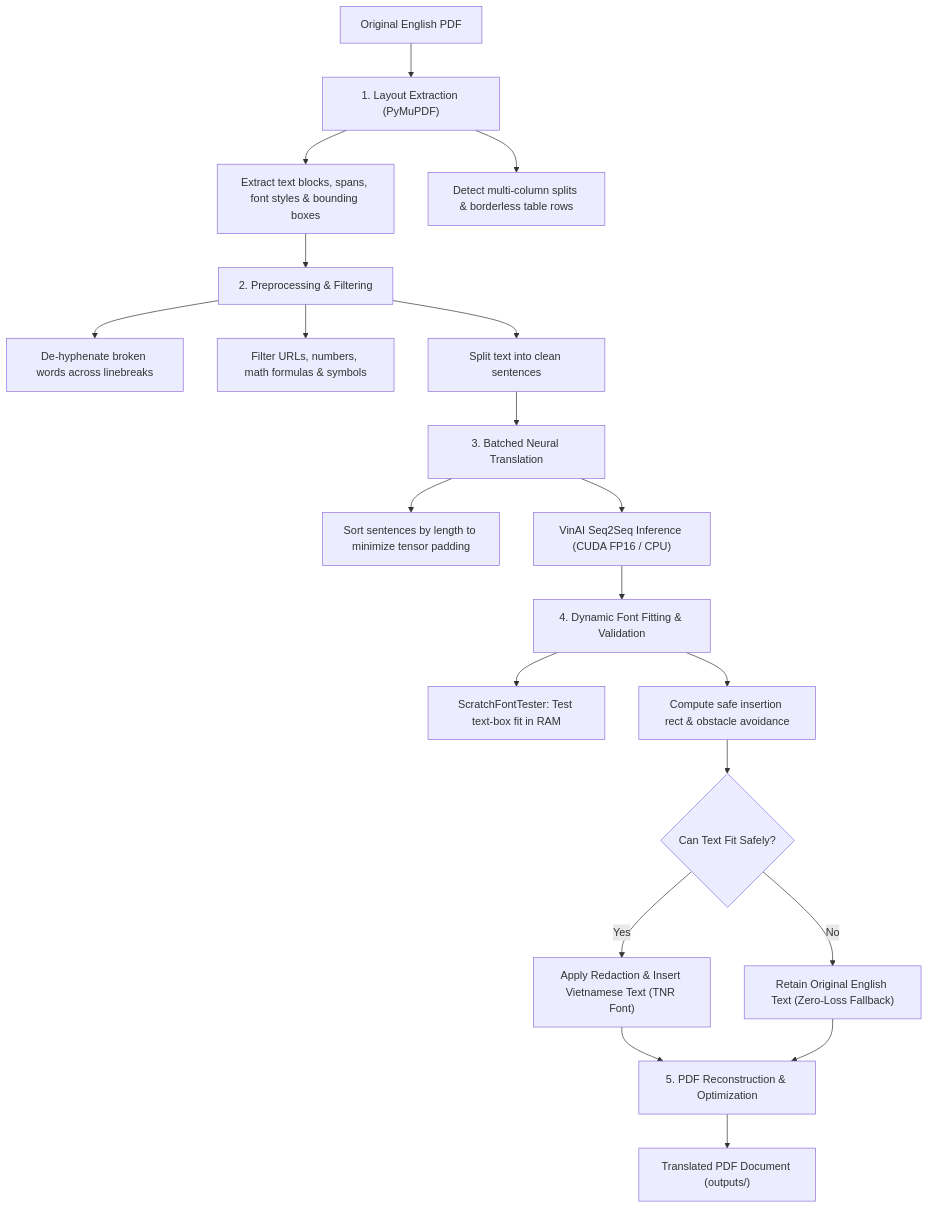
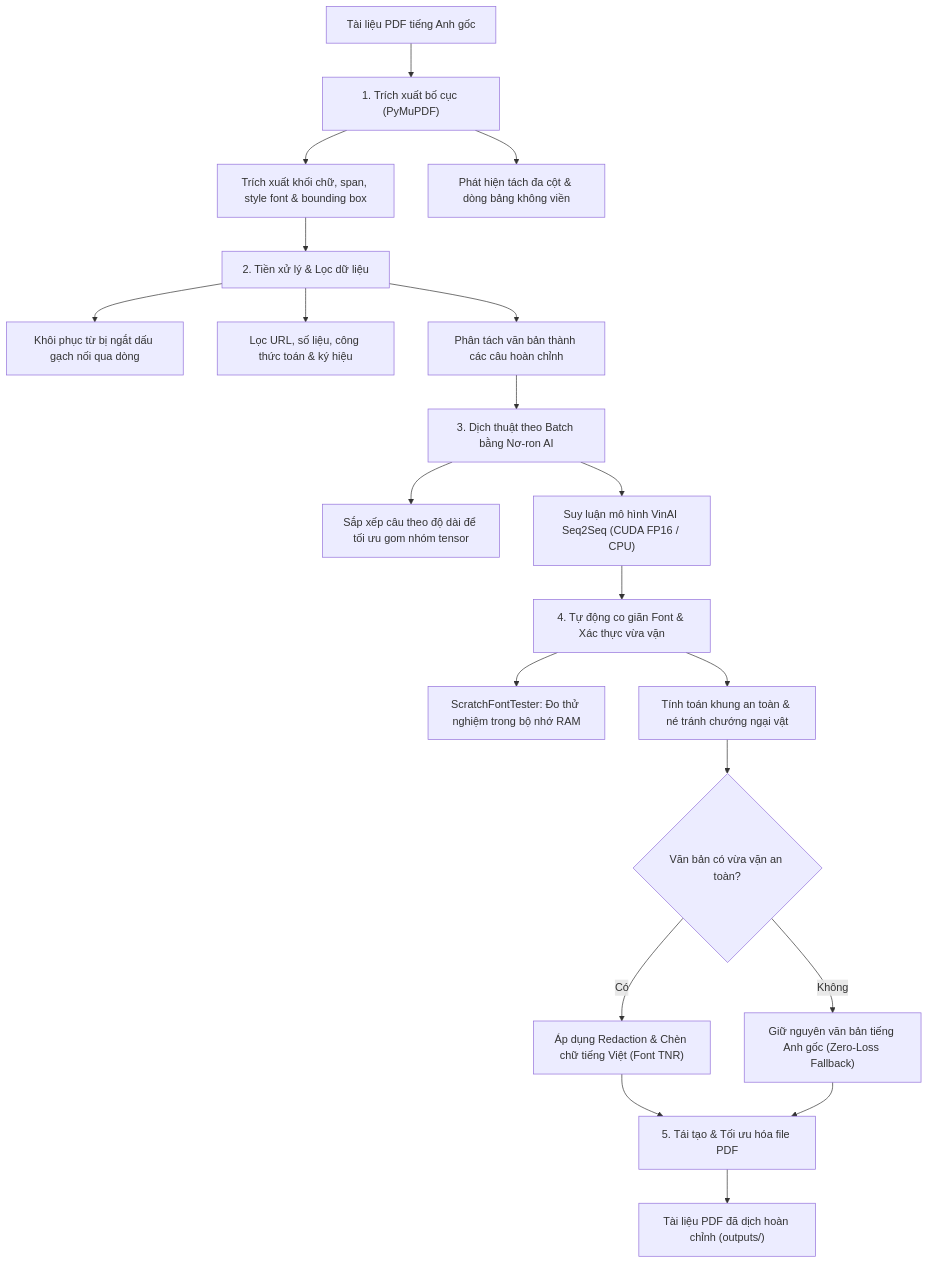
One commit to tranhuy126/DocuVi changed the diagram in README.md. Above: the diagram before and after it, drawn with Mermaid. The commit also changed other lines of this file and 11 other files, not shown here.

````diff
--- a/README.md
+++ b/README.md
@@ -104,27 +104,27 @@
 ```mermaid
 flowchart TD
-    A["Original English PDF"] --> B["1. Layout Extraction (PyMuPDF)"]
-    B --> B1["Extract text blocks, spans, font styles & bounding boxes"]
-    B --> B2["Detect multi-column splits & borderless table rows"]
+    A["Tài liệu PDF tiếng Anh gốc"] --> B["1. Trích xuất bố cục (PyMuPDF)"]
+    B --> B1["Trích xuất khối chữ, span, style font & bounding box"]
+    B --> B2["Phát hiện tách đa cột & dòng bảng không viền"]
     
-    B1 --> C["2. Preprocessing & Filtering"]
-    C --> C1["De-hyphenate broken words across linebreaks"]
-    C --> C2["Filter URLs, numbers, math formulas & symbols"]
-    C --> C3["Split text into clean sentences"]
+    B1 --> C["2. Tiền xử lý & Lọc dữ liệu"]
+    C --> C1["Khôi phục từ bị ngắt dấu gạch nối qua dòng"]
+    C --> C2["Lọc URL, số liệu, công thức toán & ký hiệu"]
+    C --> C3["Phân tách văn bản thành các câu hoàn chỉnh"]
     
-    C3 --> D["3. Batched Neural Translation"]
-    D --> D1["Sort sentences by length to minimize tensor padding"]
-    D --> D2["VinAI Seq2Seq Inference (CUDA FP16 / CPU)"]
+    C3 --> D["3. Dịch thuật theo Batch bằng Nơ-ron AI"]
+    D --> D1["Sắp xếp câu theo độ dài để tối ưu gom nhóm tensor"]
+    D --> D2["Suy luận mô hình VinAI Seq2Seq (CUDA FP16 / CPU)"]
     
-    D2 --> E["4. Dynamic Font Fitting & Validation"]
-    E --> E1["ScratchFontTester: Test text-box fit in RAM"]
-    E --> E2["Compute safe insertion rect & obstacle avoidance"]
+    D2 --> E["4. Tự động co giãn Font & Xác thực vừa vặn"]
+    E --> E1["ScratchFontTester: Đo thử nghiệm trong bộ nhớ RAM"]
+    E --> E2["Tính toán khung an toàn & né tránh chướng ngại vật"]
     
-    E2 --> F{"Can Text Fit Safely?"}
-    F -- "Yes" --> G["Apply Redaction & Insert Vietnamese Text (TNR Font)"]
-    F -- "No" --> H["Retain Original English Text (Zero-Loss Fallback)"]
+    E2 --> F{"Văn bản có vừa vặn an toàn?"}
+    F -- "Có" --> G["Áp dụng Redaction & Chèn chữ tiếng Việt (Font TNR)"]
+    F -- "Không" --> H["Giữ nguyên văn bản tiếng Anh gốc (Zero-Loss Fallback)"]
     
-    G --> I["5. PDF Reconstruction & Optimization"]
+    G --> I["5. Tái tạo & Tối ưu hóa file PDF"]
     H --> I
-    I --> J["Translated PDF Document (outputs/)"]
+    I --> J["Tài liệu PDF đã dịch hoàn chỉnh (outputs/)"]
 ```
````
